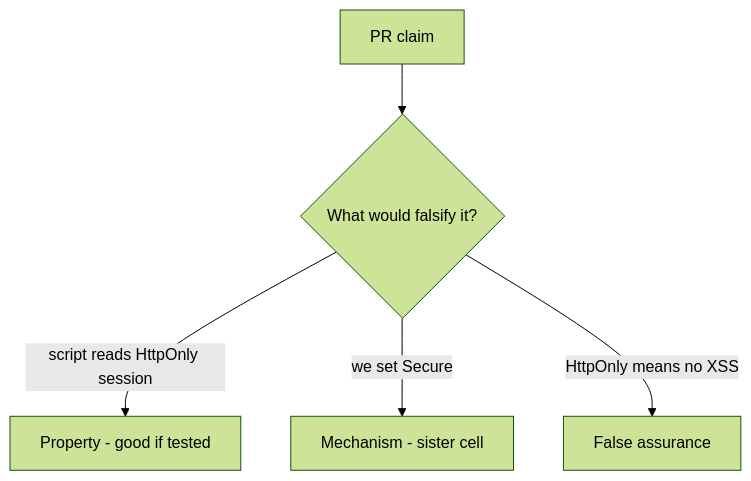
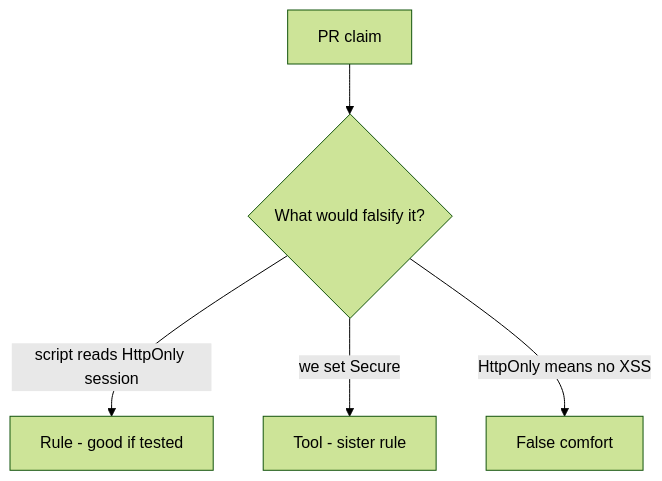
One commit to ishitvagoel/LearnSecurity changed the diagram in content/modules/2/2.3/lessons/08-review.md. Above: the diagram before and after it, drawn with Mermaid (forest theme). The commit also changed other lines of this file and 7 other files, not shown here.

````diff
--- a/content/modules/2/2.3/lessons/08-review.md
+++ b/content/modules/2/2.3/lessons/08-review.md
@@ -17,7 +18,7 @@
 ```mermaid
 flowchart TD
   Claim[PR claim] --> Q{What would falsify it?}
-  Q -->|script reads HttpOnly session| Property["Property - good if tested"]
-  Q -->|we set Secure| Mechanism[Mechanism - sister cell]
-  Q -->|HttpOnly means no XSS| False[False assurance]
+  Q -->|script reads HttpOnly session| Property["Rule - good if tested"]
+  Q -->|we set Secure| Mechanism[Tool - sister rule]
+  Q -->|HttpOnly means no XSS| False[False comfort]
 ```
````
